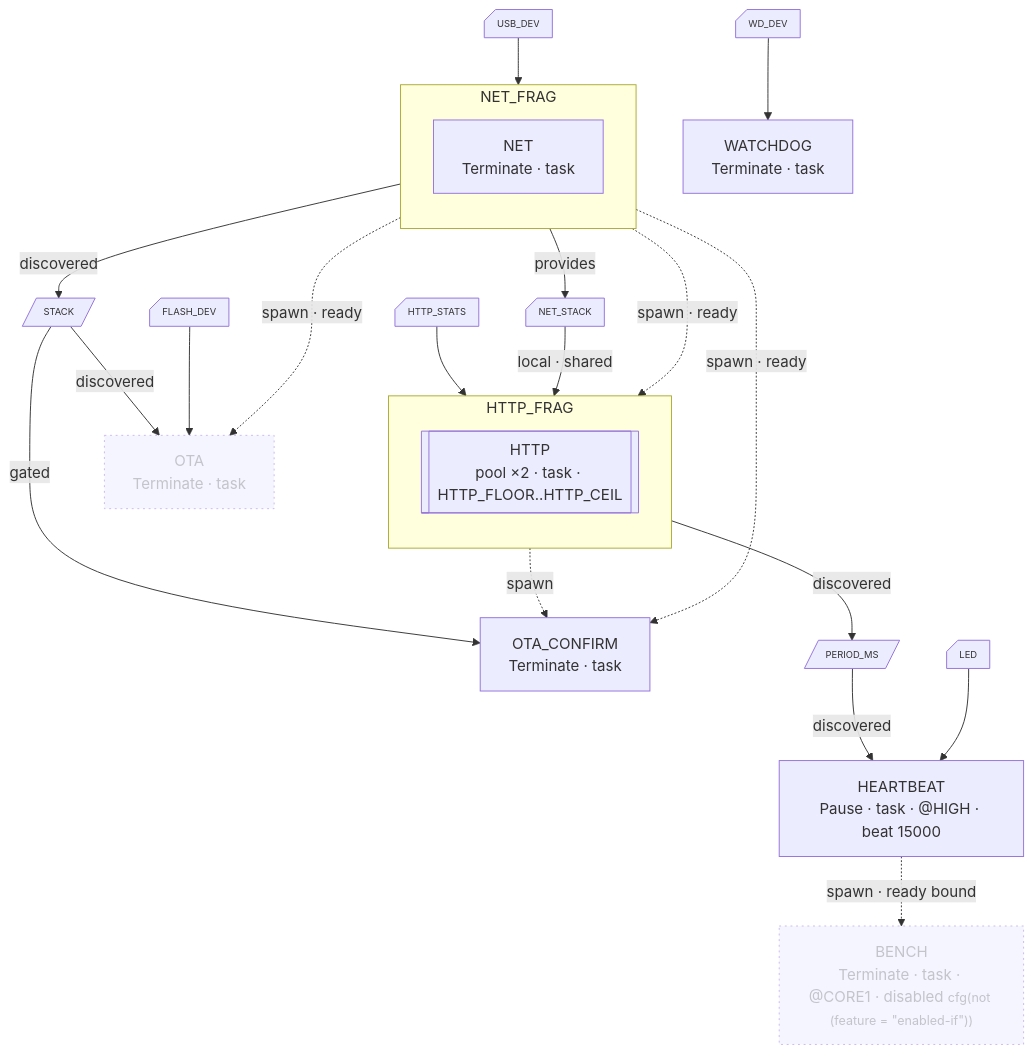
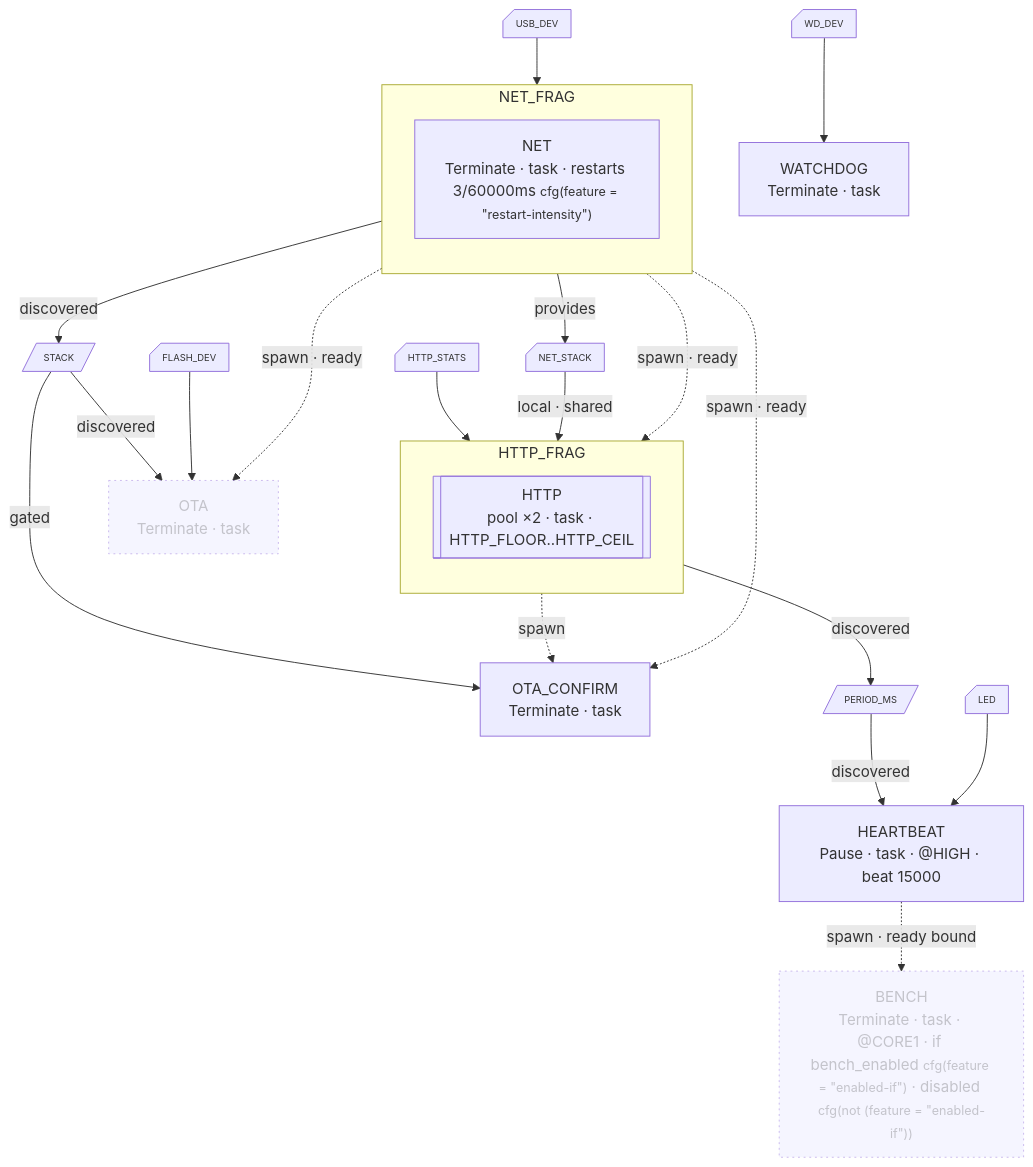
The diagram in firmware/README.md (cedrivard/embassy-supervisor), drawn with Mermaid before and after one commit. The commit also changed other lines of this file and 8 other files, not shown here.

````diff
--- a/firmware/README.md
+++ b/firmware/README.md
@@ -20,55 +20,55 @@
 ```mermaid
 %% runtime coupling — compose_graph!  (firmware/src/main.rs:23)
 flowchart TD
   accDescr: supervisor task graph declared at firmware/src/main.rs:23
   subgraph f_NET_FRAG["NET_FRAG"]
     direction TD
-    n_NET["NET<br/>Terminate · task"]
+    n_NET["NET<br/>Terminate · task · restarts 3/60000ms <small>cfg(feature = #quot;restart-intensity#quot;)</small>"]
   end
   subgraph f_HTTP_FRAG["HTTP_FRAG"]
     direction TD
     n_HTTP[["HTTP<br/>pool ×2 · task · HTTP_FLOOR..HTTP_CEIL"]]
   end
   n_WATCHDOG["WATCHDOG<br/>Terminate · task"]
   n_HEARTBEAT["HEARTBEAT<br/>Pause · task · @HIGH · beat 15000"]
   n_OTA["OTA<br/>Terminate · task"]
-  n_BENCH["BENCH<br/>Terminate · task · @CORE1 · disabled <small>cfg(not (feature = #quot;enabled-if#quot;))</small>"]
+  n_BENCH["BENCH<br/>Terminate · task · @CORE1 · if bench_enabled <small>cfg(feature = #quot;enabled-if#quot;)</small> · disabled <small>cfg(not (feature = #quot;enabled-if#quot;))</small>"]
   n_OTA_CONFIRM["OTA_CONFIRM<br/>Terminate · task"]
 
   n_NET -. "spawn · ready" .-> n_HTTP
   n_NET -. "spawn · ready" .-> n_OTA
   n_HEARTBEAT -. "spawn · ready bound" .-> n_BENCH
   n_HTTP -. "spawn" .-> n_OTA_CONFIRM
   n_NET -. "spawn · ready" .-> n_OTA_CONFIRM
 
   s_crate__net__STACK[/"STACK"/]
   n_NET -- "discovered" --> s_crate__net__STACK
   s_heartbeat__PERIOD_MS[/"PERIOD_MS"/]
   n_HTTP -- "discovered" --> s_heartbeat__PERIOD_MS
   s_crate__net__STACK -- "discovered" --> n_OTA
   s_crate__net__STACK -- "gated" --> n_OTA_CONFIRM
   s_heartbeat__PERIOD_MS -- "discovered" --> n_HEARTBEAT
   class s_crate__net__STACK,s_heartbeat__PERIOD_MS signal;
 
   r_USB_DEV@{ shape: notch-rect, label: "USB_DEV" }
   r_HTTP_STATS@{ shape: notch-rect, label: "HTTP_STATS" }
   r_NET_STACK@{ shape: notch-rect, label: "NET_STACK" }
   r_WD_DEV@{ shape: notch-rect, label: "WD_DEV" }
   r_LED@{ shape: notch-rect, label: "LED" }
   r_FLASH_DEV@{ shape: notch-rect, label: "FLASH_DEV" }
   r_USB_DEV --> n_NET
   r_HTTP_STATS --> n_HTTP
   r_NET_STACK -- "local · shared" --> n_HTTP
   r_WD_DEV --> n_WATCHDOG
   r_LED --> n_HEARTBEAT
   r_FLASH_DEV --> n_OTA
   n_NET -- "provides" --> r_NET_STACK
   class r_USB_DEV,r_HTTP_STATS,r_NET_STACK,r_WD_DEV,r_LED,r_FLASH_DEV resource;
 
   class n_OTA,n_BENCH disabled;
   classDef parked stroke-dasharray:4 3;
   classDef disabled stroke-dasharray:2 4,opacity:0.5;
   classDef external stroke-dasharray:3 3,opacity:0.7;
   classDef signal stroke-width:1px,font-size:10px;
   classDef resource stroke-width:1px,stroke-dasharray:0,font-size:10px;
 ```
````
